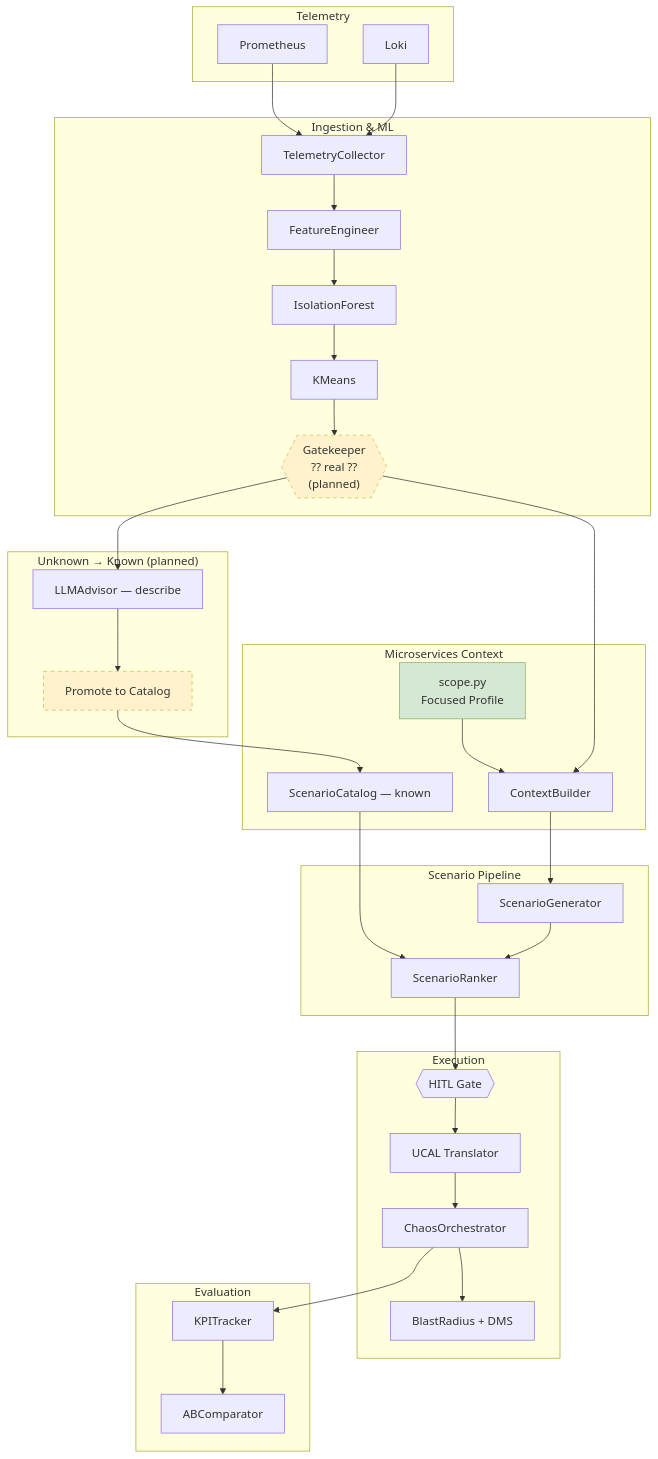
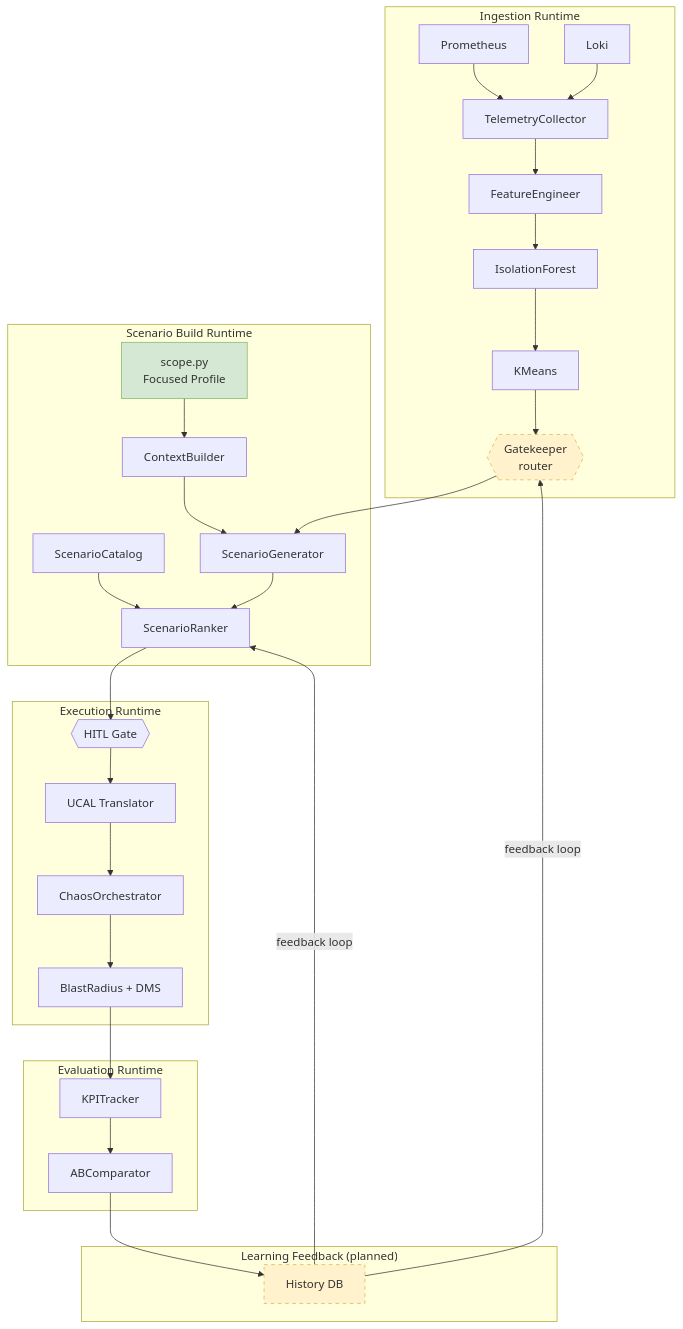
One commit to minhduckd5/AIO-Chaos-Tool changed the third of 3 diagrams in docs/pipeline-framework.md. Above: the diagram before and after it, drawn with Mermaid. The commit also changed other lines of this file and 33 other files, not shown here.

````diff
--- a/docs/pipeline-framework.md
+++ b/docs/pipeline-framework.md
@@ -63,61 +174,54 @@
 ```mermaid
 flowchart TD
-    subgraph SOURCES["Telemetry"]
-        PROM[Prometheus]
-        LOKI[Loki]
+    subgraph INGEST["Ingestion Runtime"]
+        PROM2[Prometheus]
+        LOKI2[Loki]
+        COL2[TelemetryCollector]
+        FE2[FeatureEngineer]
+        ISO2[IsolationForest]
+        KM2[KMeans]
+        GK2{{"Gatekeeper<br/>router"}}
+        PROM2 --> COL2
+        LOKI2 --> COL2
+        COL2 --> FE2 --> ISO2 --> KM2 --> GK2
     end
 
-    subgraph INGEST["Ingestion & ML"]
-        COL[TelemetryCollector]
-        FE[FeatureEngineer]
-        ISO[IsolationForest]
-        KM[KMeans]
-        GK{{"Gatekeeper<br/>?? real ??<br/>(planned)"}}
-        PROM --> COL
-        LOKI --> COL
-        COL --> FE --> ISO --> KM --> GK
+    subgraph BUILD["Scenario Build Runtime"]
+        SCOPE2["scope.py<br/>Focused Profile"]
+        CTX2[ContextBuilder]
+        CAT2[ScenarioCatalog]
+        GEN2[ScenarioGenerator]
+        RANK2[ScenarioRanker]
+        SCOPE2 --> CTX2
+        GK2 --> GEN2
+        CTX2 --> GEN2
+        GEN2 --> RANK2
+        CAT2 --> RANK2
     end
 
-    subgraph CONTEXT["Microservices Context"]
-        SCOPE["scope.py<br/>Focused Profile"]
-        CTX[ContextBuilder]
-        CAT[ScenarioCatalog — known]
-        SCOPE --> CTX
+    subgraph EXEC["Execution Runtime"]
+        HITL2{{"HITL Gate"}}
+        UCAL2[UCAL Translator]
+        ORCH2[ChaosOrchestrator]
+        SAFETY2[BlastRadius + DMS]
+        RANK2 --> HITL2
+        HITL2 --> UCAL2 --> ORCH2 --> SAFETY2
     end
 
-    subgraph UNKNOWN["Unknown → Known (planned)"]
-        LLM[LLMAdvisor — describe]
-        PROMOTE[Promote to Catalog]
-        GK --> LLM
-        LLM --> PROMOTE --> CAT
+    subgraph EVAL["Evaluation Runtime"]
+        KPI2[KPITracker]
+        AB2[ABComparator]
+        SAFETY2 --> KPI2 --> AB2
     end
 
-    subgraph ADVISOR["Scenario Pipeline"]
-        GEN[ScenarioGenerator]
-        RANK[ScenarioRanker]
-        GK --> CTX
-        CTX --> GEN
-        CAT --> RANK
-        GEN --> RANK
+    subgraph FEEDBACK["Learning Feedback (planned)"]
+        HIST2[History DB]
+        AB2 --> HIST2
+        HIST2 -->|feedback loop| GK2
+        HIST2 -->|feedback loop| RANK2
     end
 
-    subgraph EXEC["Execution"]
-        HITL{{"HITL Gate"}}
-        UCAL[UCAL Translator]
-        ORCH[ChaosOrchestrator]
-        SAFETY[BlastRadius + DMS]
-        RANK --> HITL
-        HITL --> UCAL --> ORCH
-        ORCH --> SAFETY
-    end
-
-    subgraph EVAL["Evaluation"]
-        KPI[KPITracker]
-        AB[ABComparator]
-        ORCH --> KPI --> AB
-    end
-
-    style GK fill:#fff2cc,stroke:#d6b656,stroke-dasharray: 5 5
-    style PROMOTE fill:#fff2cc,stroke:#d6b656,stroke-dasharray: 5 5
-    style SCOPE fill:#d5e8d4,stroke:#82b366
+    style GK2 fill:#fff2cc,stroke:#d6b656,stroke-dasharray: 5 5
+    style SCOPE2 fill:#d5e8d4,stroke:#82b366
+    style HIST2 fill:#fff2cc,stroke:#d6b656,stroke-dasharray: 5 5
 ```
````
